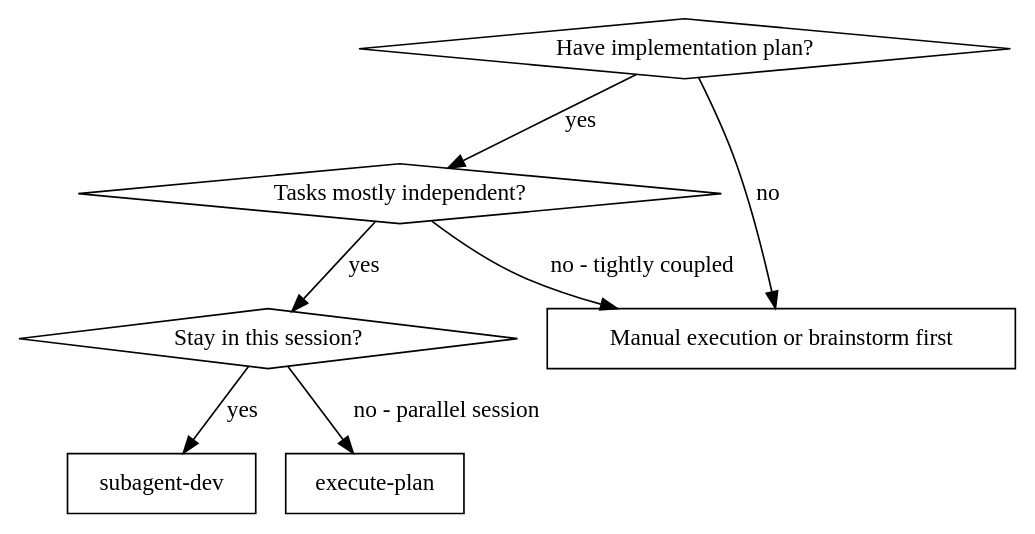
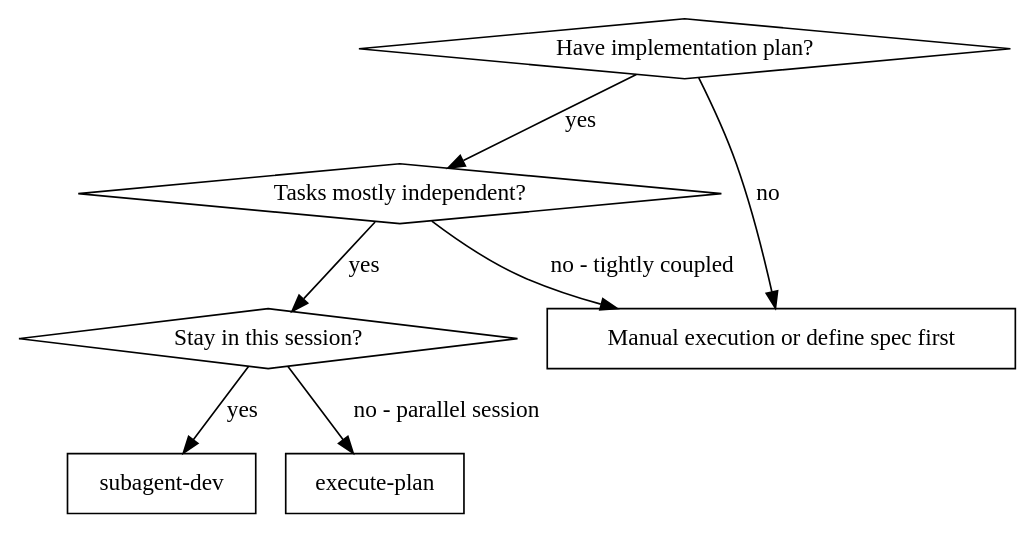
The first of 3 diagrams in workflow/subagent-dev/SKILL.md (itstudyu/claude-skills), drawn with Graphviz before and after one commit. The commit also changed 21 other files, not shown here.

````diff
--- a/workflow/subagent-dev/SKILL.md
+++ b/workflow/subagent-dev/SKILL.md
@@ -31,17 +31,17 @@
 ```dot
 digraph when_to_use {
     "Have implementation plan?" [shape=diamond];
     "Tasks mostly independent?" [shape=diamond];
     "Stay in this session?" [shape=diamond];
     "subagent-dev" [shape=box];
     "execute-plan" [shape=box];
-    "Manual execution or brainstorm first" [shape=box];
+    "Manual execution or define spec first" [shape=box];
 
     "Have implementation plan?" -> "Tasks mostly independent?" [label="yes"];
-    "Have implementation plan?" -> "Manual execution or brainstorm first" [label="no"];
+    "Have implementation plan?" -> "Manual execution or define spec first" [label="no"];
     "Tasks mostly independent?" -> "Stay in this session?" [label="yes"];
-    "Tasks mostly independent?" -> "Manual execution or brainstorm first" [label="no - tightly coupled"];
+    "Tasks mostly independent?" -> "Manual execution or define spec first" [label="no - tightly coupled"];
     "Stay in this session?" -> "subagent-dev" [label="yes"];
     "Stay in this session?" -> "execute-plan" [label="no - parallel session"];
 }
 ```
````
